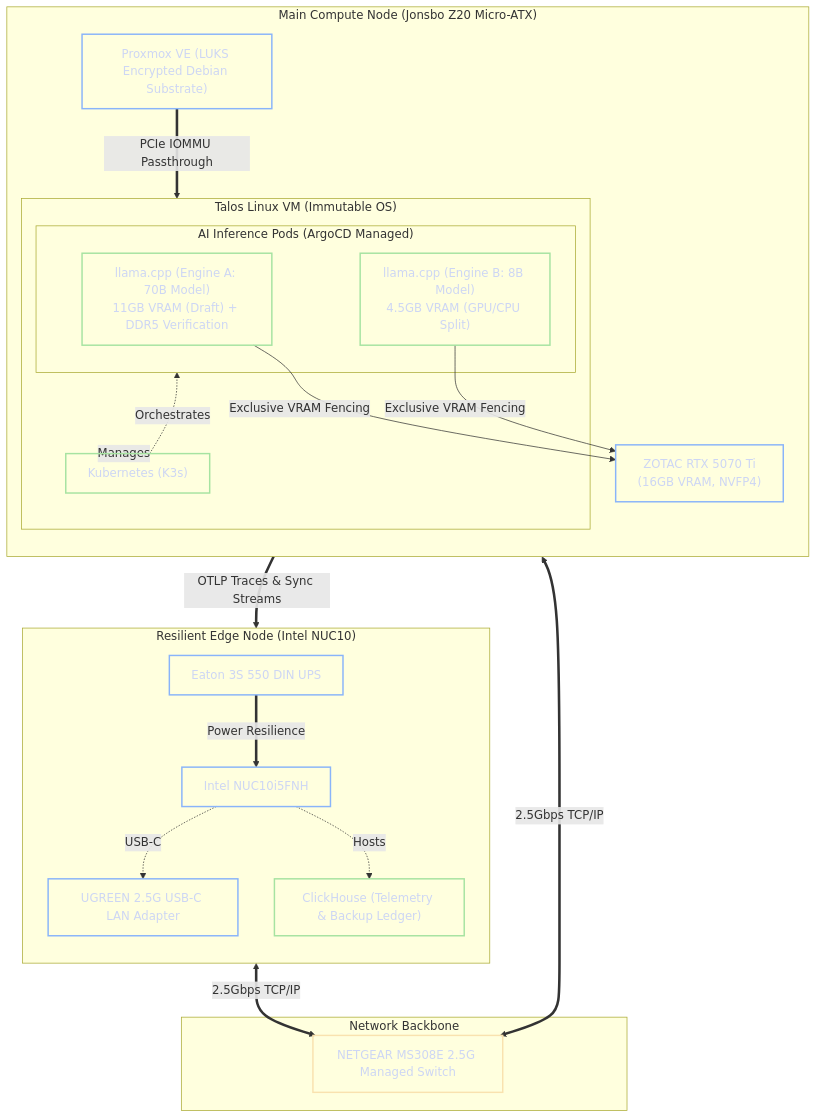
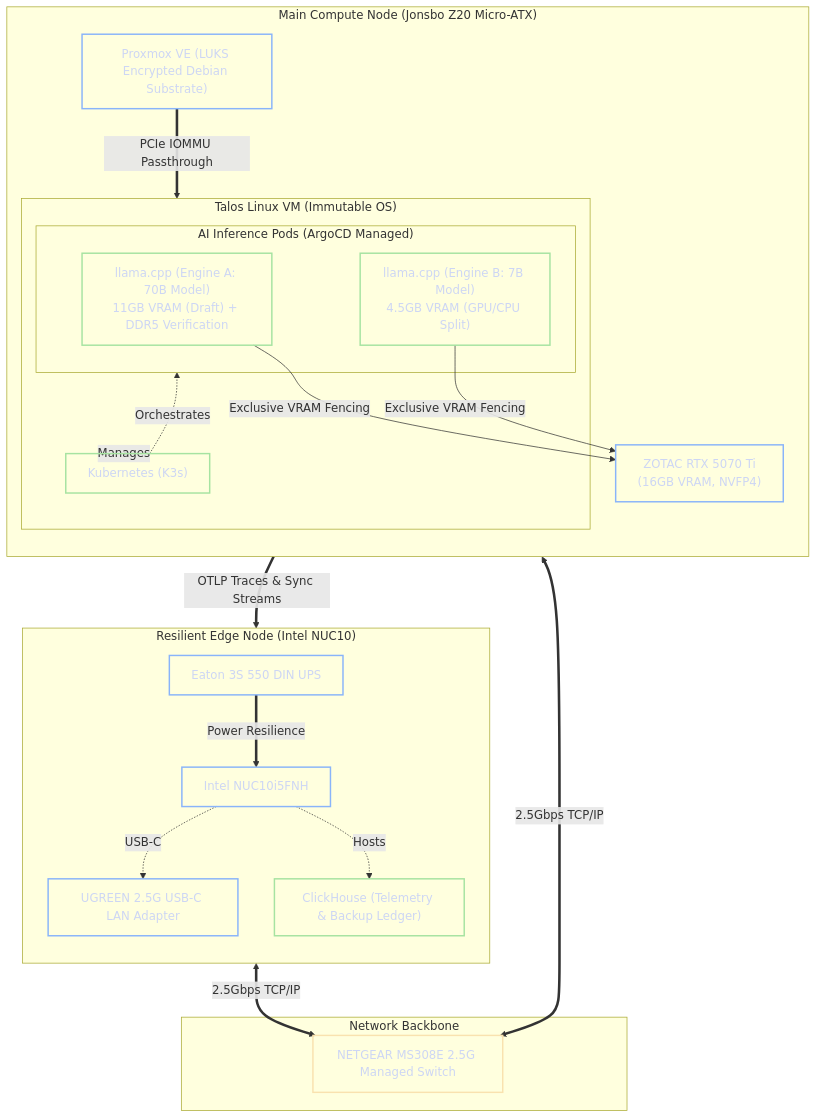
One commit to foersben/janus-synapse-edge changed the diagram in docs/00. Architecture Overview & Constraints Strategy.md. Above: the diagram before and after it, drawn with Mermaid. The commit also changed 9 other files, not shown here.

````diff
--- a/docs/00. Architecture Overview & Constraints Strategy.md
+++ b/docs/00. Architecture Overview & Constraints Strategy.md
@@ -80,54 +80,54 @@
 ```mermaid
 flowchart TD
     %% Styling Definitions
     classDef hardware fill:transparent,stroke:#89b4fa,stroke-width:2px,color:#cdd6f4
     classDef software fill:transparent,stroke:#a6e3a1,stroke-width:2px,color:#cdd6f4
     classDef network fill:transparent,stroke:#f9e2af,stroke-width:2px,color:#cdd6f4
 
     subgraph MainCompute["Main Compute Node (Jonsbo Z20 Micro-ATX)"]
         direction TB
         Proxmox["Proxmox VE (LUKS Encrypted Debian Substrate)"]:::hardware
 
         subgraph TalosVM["Talos Linux VM (Immutable OS)"]
             K3s["Kubernetes (K3s)"]:::software
 
             subgraph AI_Pods["AI Inference Pods (ArgoCD Managed)"]
                 llama_cpp["llama.cpp (Engine A: 70B Model)<br/>11GB VRAM (Draft) + DDR5 Verification"]:::software
-                EngineB["llama.cpp (Engine B: 8B Model)<br/>4.5GB VRAM (GPU/CPU Split)"]:::software
+                EngineB["llama.cpp (Engine B: 7B Model)<br/>4.5GB VRAM (GPU/CPU Split)"]:::software
             end
         end
 
         GPU["ZOTAC RTX 5070 Ti<br/>(16GB VRAM, NVFP4)"]:::hardware
 
         %% Connections inside Main Compute
         Proxmox == "PCIe IOMMU Passthrough" ==> TalosVM
         TalosVM -. "Manages" .-> K3s
         K3s -. "Orchestrates" .-> AI_Pods
         llama_cpp -- "Exclusive VRAM Fencing" --> GPU
         EngineB -- "Exclusive VRAM Fencing" --> GPU
     end
 
     subgraph Network["Network Backbone"]
         Switch["NETGEAR MS308E 2.5G Managed Switch"]:::network
     end
 
     subgraph EdgeNode["Resilient Edge Node (Intel NUC10)"]
         direction TB
         EatonUPS["Eaton 3S 550 DIN UPS"]:::hardware
         NUC["Intel NUC10i5FNH"]:::hardware
         Adapter["UGREEN 2.5G USB-C LAN Adapter"]:::hardware
         ClickHouse["ClickHouse (Telemetry & Backup Ledger)"]:::software
 
         %% Connections inside Edge Node
         EatonUPS == "Power Resilience" ==> NUC
         NUC -. "USB-C" .-> Adapter
         NUC -. "Hosts" .-> ClickHouse
     end
 
     %% External Connections
     MainCompute <== "2.5Gbps TCP/IP" ==> Switch
     Adapter <== "2.5Gbps TCP/IP" ==> Switch
 
     %% Logical Interactions
     AI_Pods == "OTLP Traces & Sync Streams" ==> ClickHouse
 ```
````
